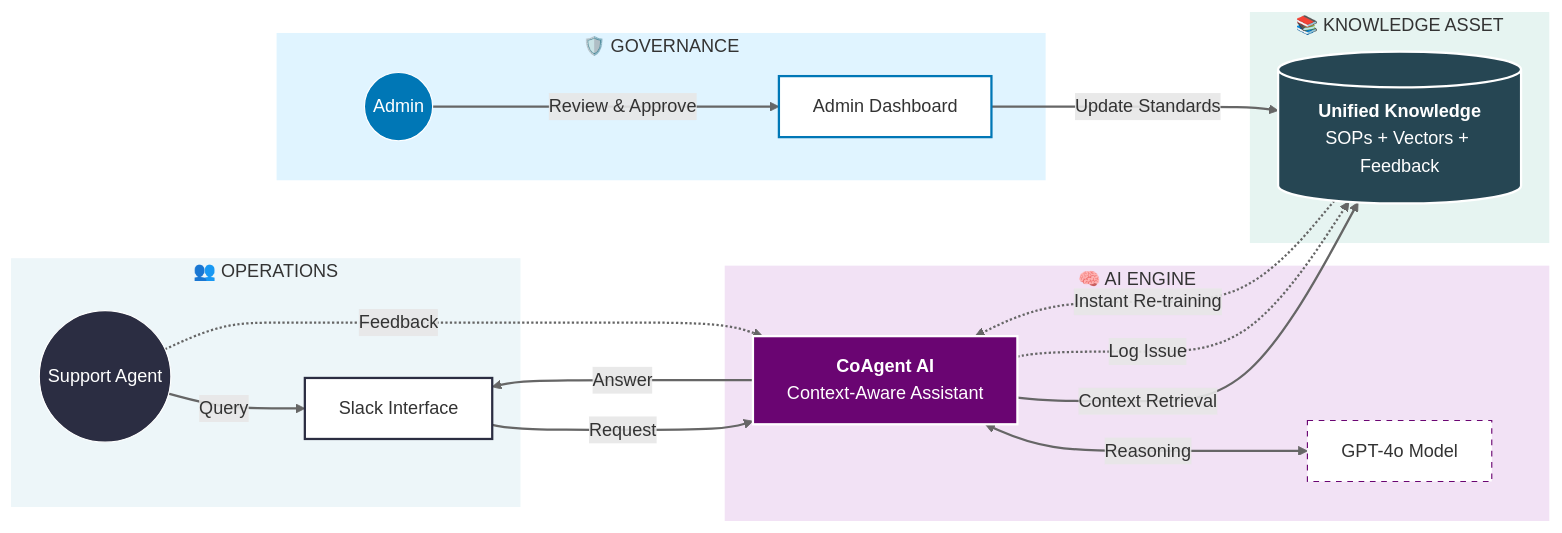
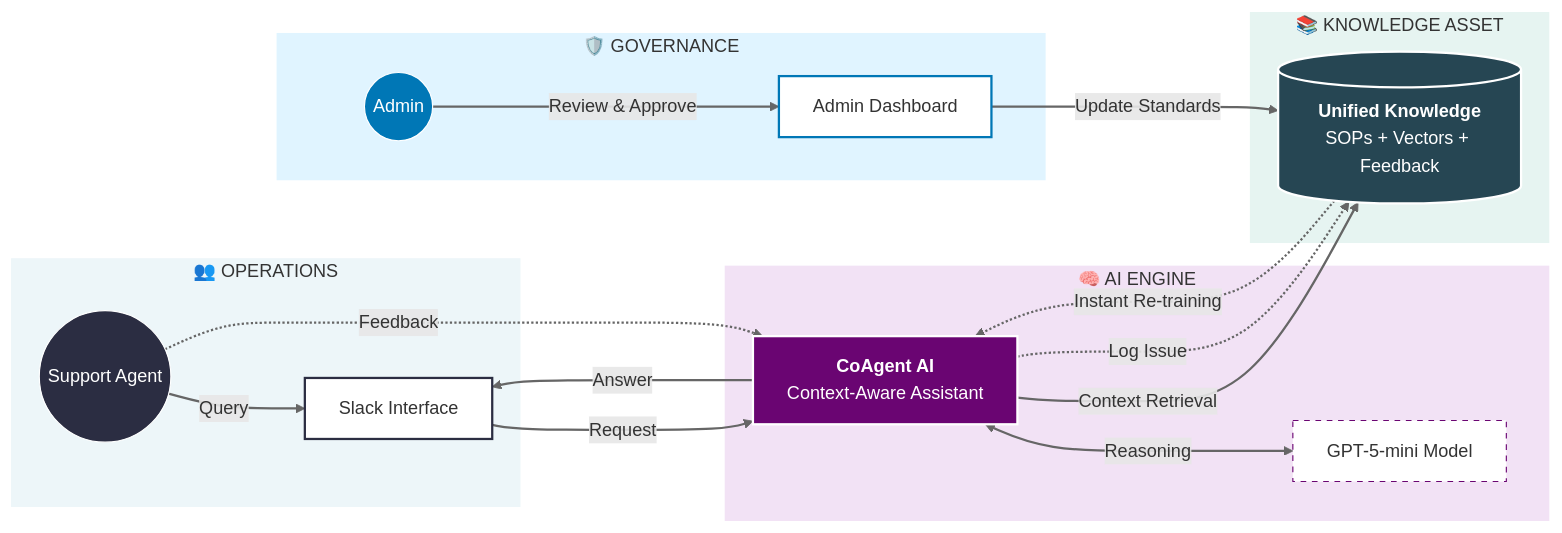
Before and after one commit to Beriman95/coagent: the diagram in README.md, drawn with Mermaid. The commit also changed other lines of this file, not shown here.

````diff
--- a/README.md
+++ b/README.md
@@ -43,50 +43,49 @@
 ```mermaid
 graph LR
     %% Palette: 
     %% Agent/Ops: #2B2D42 (Dark Blue)
     %% AI/Tech: #6A0572 (Deep Purple)
     %% Admin/Gov: #0077B6 (Rackhost Blue)
     %% Knowledge: #264653 (Teal)
     subgraph Operations [" 👥 OPERATIONS "]
         Agent((Support Agent))
         Slack[Slack Interface]
     end
     subgraph Intelligence [" 🧠 AI ENGINE "]
         CoAgent[<b>CoAgent AI</b><br>Context-Aware Assistant]
-        LLM[GPT-4o Model]
+        LLM[GPT-5-mini Model]
     end
     subgraph KnowledgeBase [" 📚 KNOWLEDGE ASSET "]
         Data[(<b>Unified Knowledge</b><br>SOPs + Vectors + Feedback)]
     end
     subgraph Governance [" 🛡️ GOVERNANCE "]
         Admin((Admin))
         Dashboard[Admin Dashboard]
     end
     %% Operational Flow
     Agent -->|Query| Slack
     Slack -->|Request| CoAgent
     CoAgent <-->|Reasoning| LLM
     CoAgent -->|Context Retrieval| Data
     CoAgent -->|Answer| Slack
     %% Improvement Loop (The "Flywheel")
     Agent -.->|Feedback| CoAgent
     CoAgent -.->|Log Issue| Data
     Admin -->|Review & Approve| Dashboard
     Dashboard -->|Update Standards| Data
     Data -.->|Instant Re-training| CoAgent
-    %% Styling for "C-Level" Look
     linkStyle default stroke:#666,stroke-width:2px,fill:none
     
     style Operations fill:#EDF6F9,stroke:#2B2D42,stroke-width:0px
     style Agent fill:#2B2D42,stroke:#fff,color:#fff
     style Slack fill:#fff,stroke:#2B2D42,stroke-width:2px
     style Intelligence fill:#F2E2F5,stroke:#6A0572,stroke-width:0px
     style CoAgent fill:#6A0572,stroke:#fff,color:#fff,stroke-width:2px
     style LLM fill:#fff,stroke:#6A0572,stroke-width:1px,stroke-dasharray: 5 5
     style KnowledgeBase fill:#E6F4F1,stroke:#264653,stroke-width:0px
     style Data fill:#264653,stroke:#fff,color:#fff,stroke-width:2px
     style Governance fill:#E0F4FF,stroke:#0077B6,stroke-width:0px
     style Admin fill:#0077B6,stroke:#fff,color:#fff
     style Dashboard fill:#fff,stroke:#0077B6,stroke-width:2px
 
 ```
````
